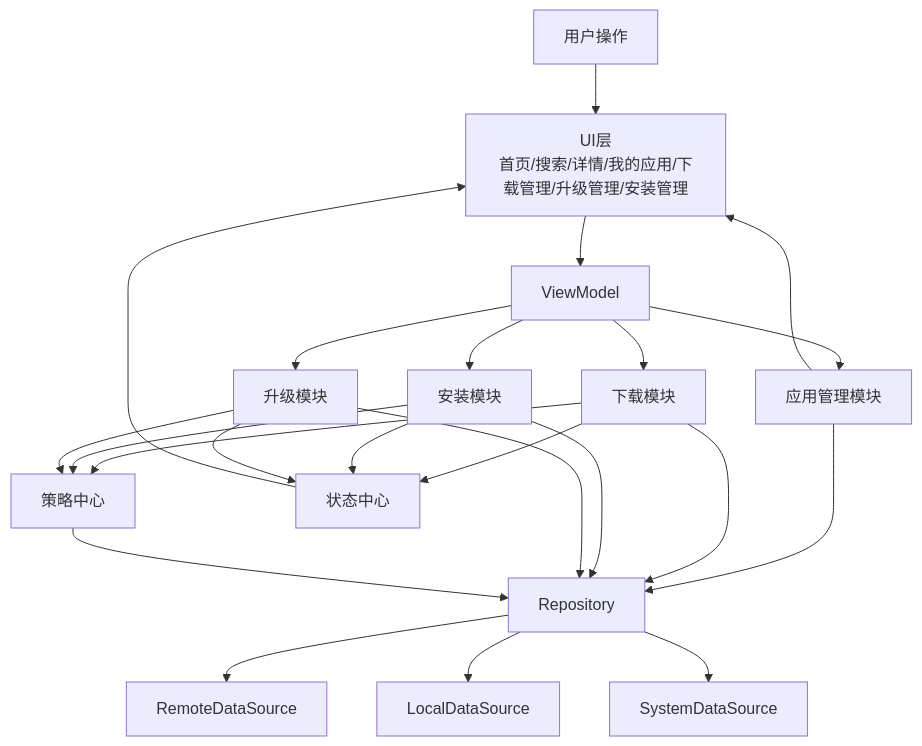
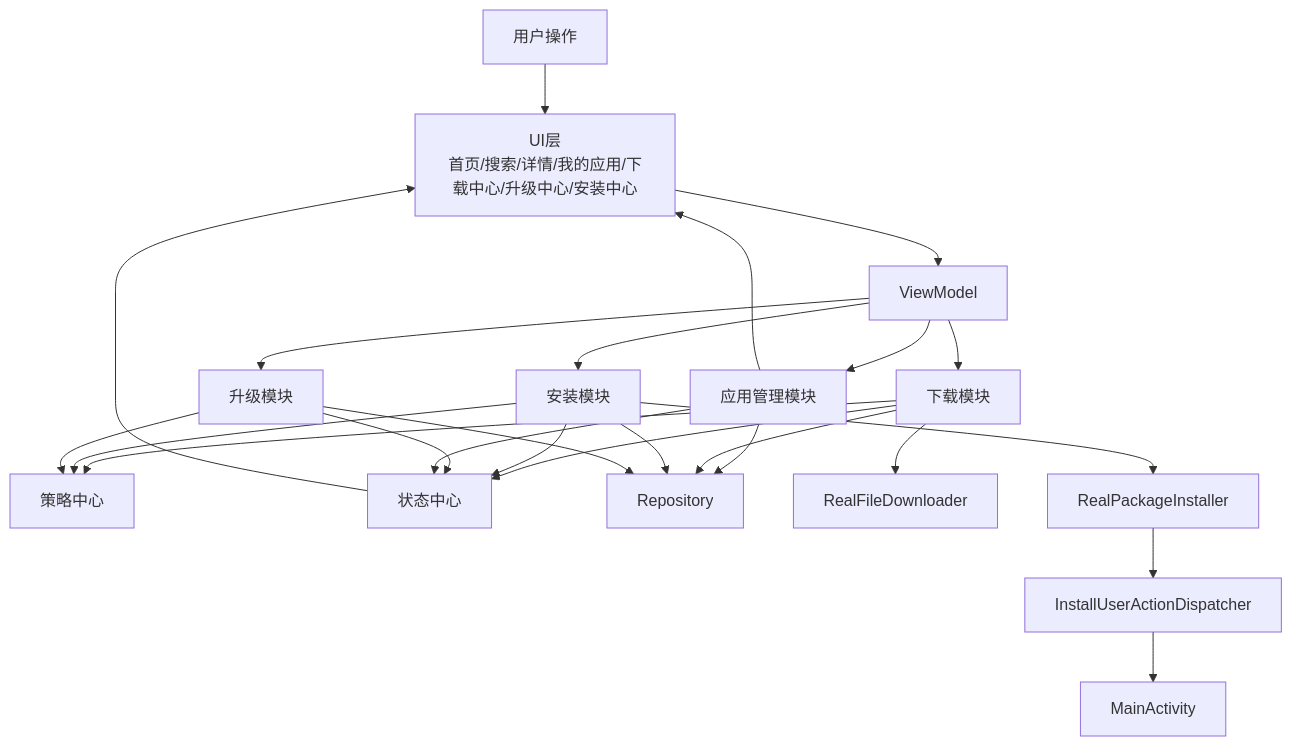
Before and after one commit to XZQ/CarAppStore: the first of 4 diagrams in docs/16-整体业务主链路总流程.md, drawn with Mermaid. The commit also changed other lines of this file and 35 other files, not shown here.

Commit message:
Docs: reorganize architecture docs and handoff guide

````diff
--- a/docs/16-整体业务主链路总流程.md
+++ b/docs/16-整体业务主链路总流程.md
@@ -16,33 +15,34 @@
 ```mermaid
 flowchart TD
 
-U[用户操作] --> UI[UI层
-首页/搜索/详情/我的应用/下载管理/升级管理/安装管理]
+U[用户操作] --> UI[UI层\n首页/搜索/详情/我的应用/下载中心/升级中心/安装中心]
 UI --> VM[ViewModel]
 
 VM --> AM[应用管理模块]
 VM --> DM[下载模块]
 VM --> IM[安装模块]
 VM --> UM[升级模块]
 
 DM --> PC[策略中心]
 IM --> PC
 UM --> PC
 
 DM --> SC[状态中心]
 IM --> SC
 UM --> SC
+AM --> SC
 
 AM --> REPO[Repository]
 DM --> REPO
 IM --> REPO
 UM --> REPO
-PC --> REPO
 
-REPO --> REMOTE[RemoteDataSource]
-REPO --> LOCAL[LocalDataSource]
-REPO --> SYSTEM[SystemDataSource]
+DM --> FD[RealFileDownloader]
+IM --> PI[RealPackageInstaller]
+
+PI --> DISPATCHER[InstallUserActionDispatcher]
+DISPATCHER --> ACT[MainActivity]
 
 SC --> UI
 AM --> UI
 ```
````
